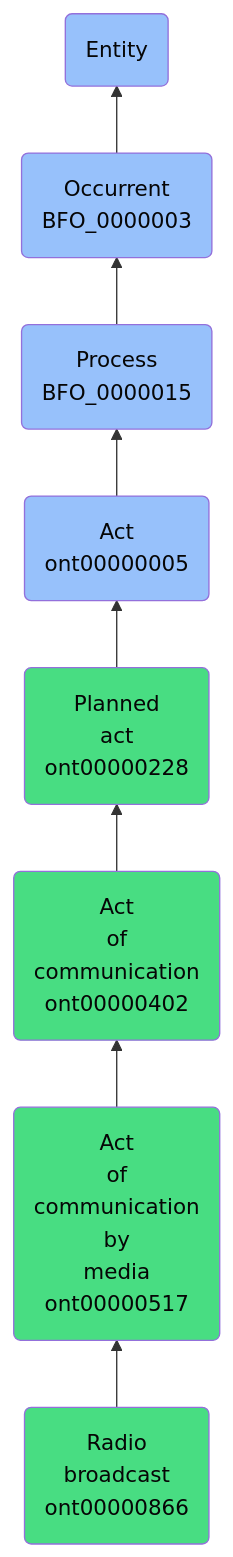
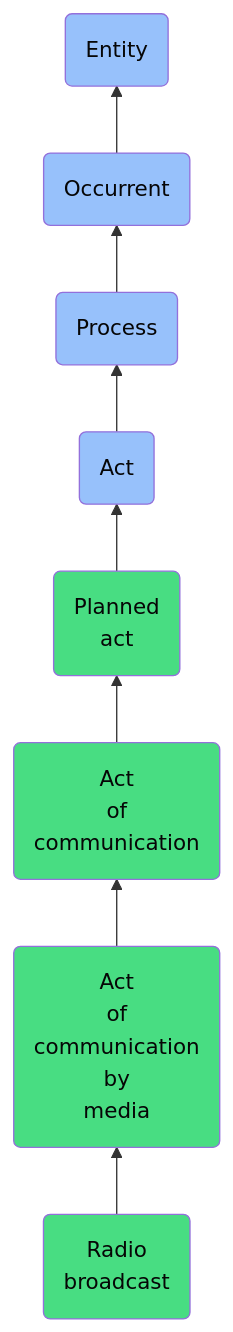
One commit to jupyter-naas/abi changed the diagram in docs/ontology/reference/model/Entity/Occurrent/Process/Act/Planned act/Act of communication/Act of communication by media/Radio broadcast/Radio broadcast.md. Above: the diagram before and after it, drawn with Mermaid. The commit also changed other lines of this file and 1430 other files, not shown here.

````diff
--- a/docs/ontology/reference/model/Entity/Occurrent/Process/Act/Planned act/Act of communication/Act of communication by media/Radio broadcast/Radio broadcast.md
+++ b/docs/ontology/reference/model/Entity/Occurrent/Process/Act/Planned act/Act of communication/Act of communication by media/Radio broadcast/Radio broadcast.md
@@ -24,15 +24,15 @@
 ```mermaid
 graph BT
-    ont00000866(Radio<br>broadcast<br>ont00000866):::ABI-->ont00000517
-    ont00000517(Act<br>of<br>communication<br>by<br>media<br>ont00000517):::ABI-->ont00000402
-    ont00000402(Act<br>of<br>communication<br>ont00000402):::ABI-->ont00000228
-    ont00000228(Planned<br>act<br>ont00000228):::ABI-->ont00000005
-    ont00000005(Act<br>ont00000005):::BFO-->BFO_0000015
-    BFO_0000015(Process<br>BFO_0000015):::BFO-->BFO_0000003
-    BFO_0000003(Occurrent<br>BFO_0000003):::BFO-->BFO_0000001
+    ont00000866(Radio<br>broadcast):::ABI-->ont00000517
+    ont00000517(Act<br>of<br>communication<br>by<br>media):::ABI-->ont00000402
+    ont00000402(Act<br>of<br>communication):::ABI-->ont00000228
+    ont00000228(Planned<br>act):::ABI-->ont00000005
+    ont00000005(Act):::BFO-->BFO_0000015
+    BFO_0000015(Process):::BFO-->BFO_0000003
+    BFO_0000003(Occurrent):::BFO-->BFO_0000001
     BFO_0000001(Entity):::BFO
     
     classDef BFO fill:#97c1fb,color:#060606
     classDef CCO fill:#e4c51e,color:#060606
     classDef ABI fill:#48DD82,color:#060606
 ```
````
